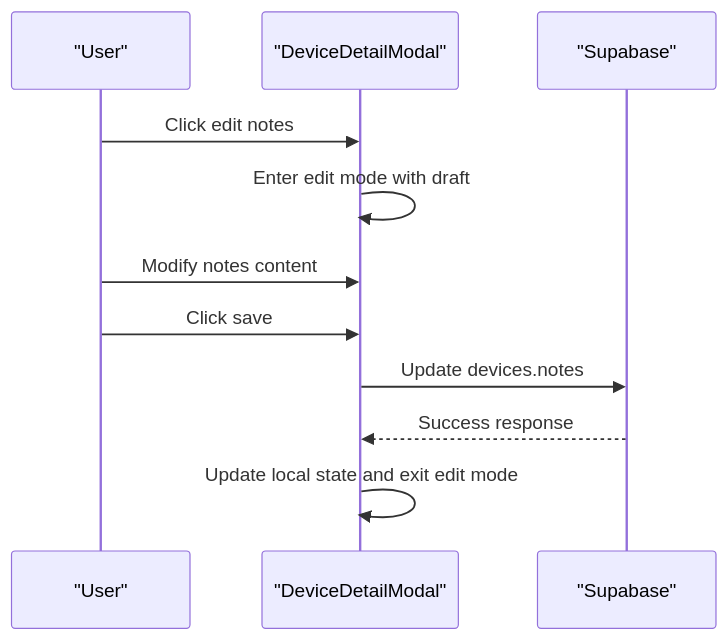
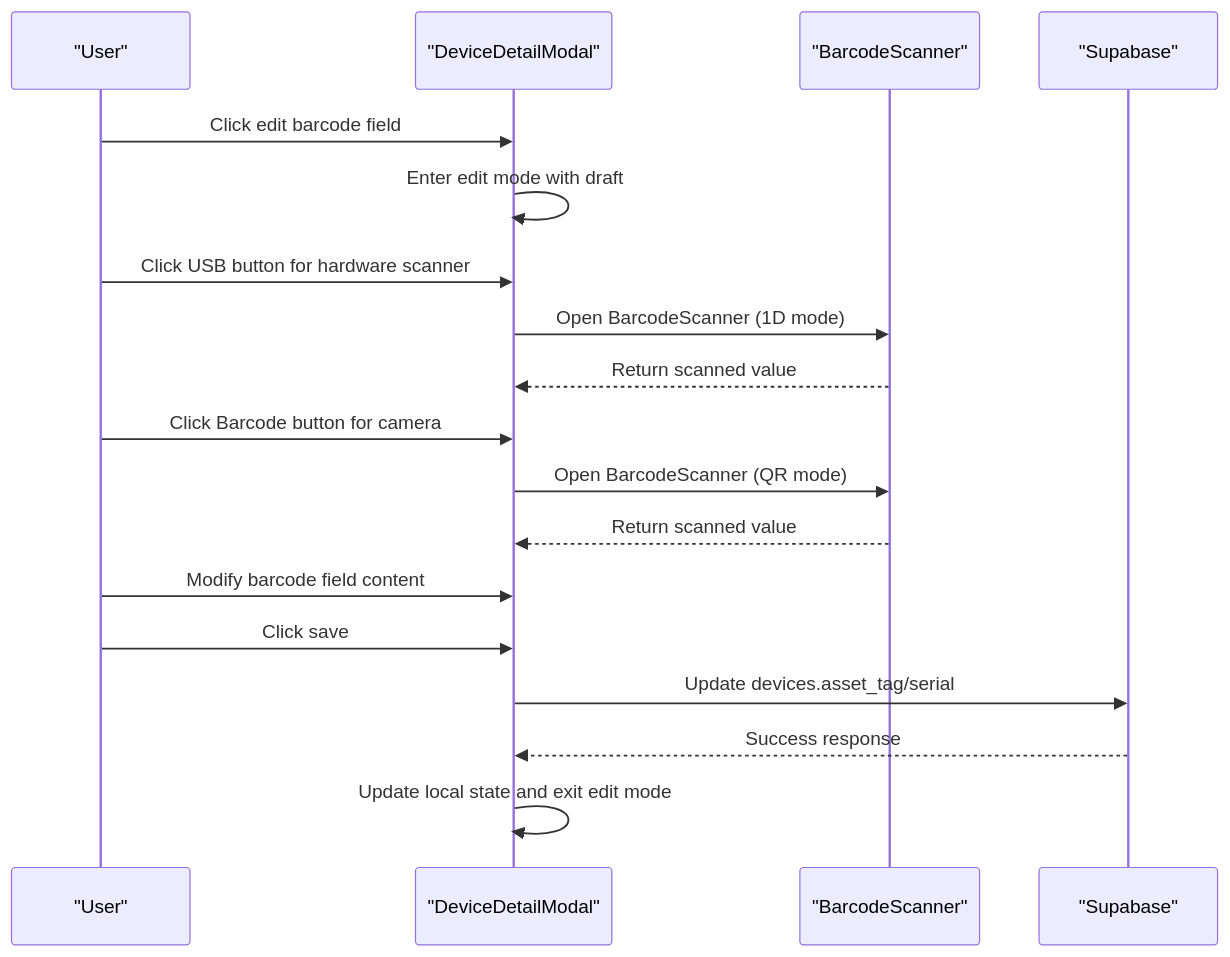
Diagram 11 of 14 in .qoder/repowiki/en/content/Device Management System/Device Inventory Tracking.md (gastaldellomarco/pcReady), drawn with Mermaid before and after one commit. The commit also changed other lines of this file and 15 other files, not shown here.

````diff
--- a/.qoder/repowiki/en/content/Device Management System/Device Inventory Tracking.md
+++ b/.qoder/repowiki/en/content/Device Management System/Device Inventory Tracking.md
@@ -402,13 +574,20 @@
 ```mermaid
 sequenceDiagram
 participant U as "User"
 participant DM as "DeviceDetailModal"
+participant BS as "BarcodeScanner"
 participant S as "Supabase"
-U->>DM : Click edit notes
+U->>DM : Click edit barcode field
 DM->>DM : Enter edit mode with draft
-U->>DM : Modify notes content
+U->>DM : Click USB button for hardware scanner
+DM->>BS : Open BarcodeScanner (1D mode)
+BS-->>DM : Return scanned value
+U->>DM : Click Barcode button for camera
+DM->>BS : Open BarcodeScanner (QR mode)
+BS-->>DM : Return scanned value
+U->>DM : Modify barcode field content
 U->>DM : Click save
-DM->>S : Update devices.notes
+DM->>S : Update devices.asset_tag/serial
 S-->>DM : Success response
 DM->>DM : Update local state and exit edit mode
 ```
````
